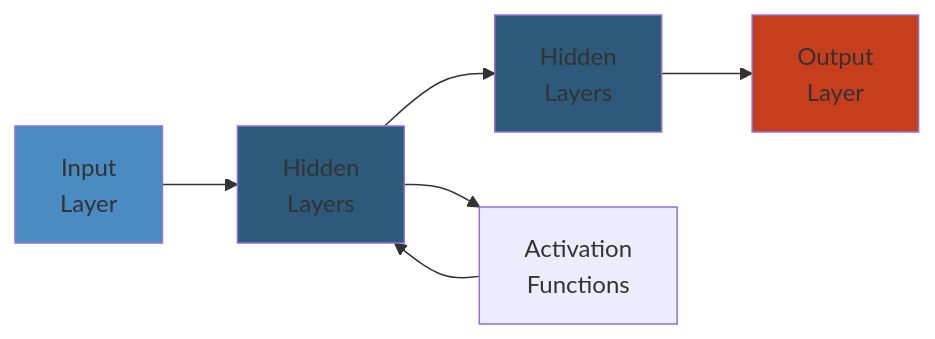
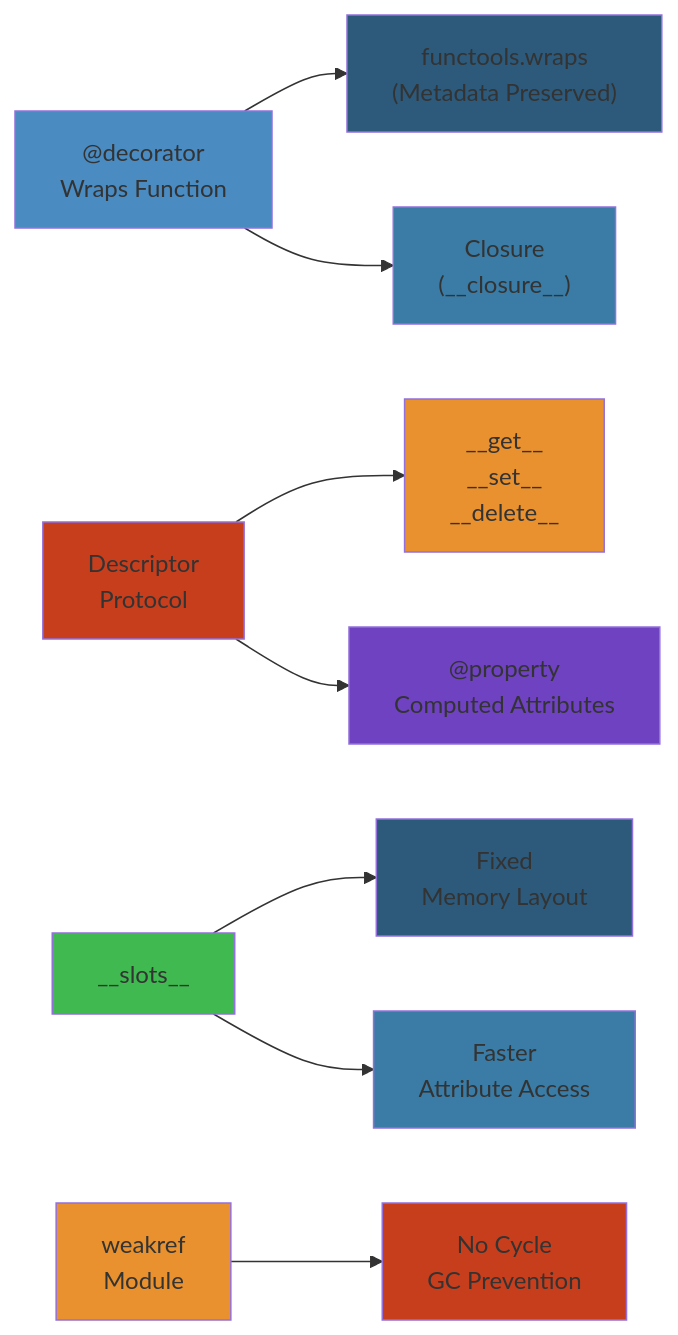
Before and after one commit to premchandkpc/md-courses: the diagram in data/03-backend/python/02-python-advanced.md, drawn with Mermaid. The commit also changed 178 other files, not shown here.

````diff
--- a/data/03-backend/python/02-python-advanced.md
+++ b/data/03-backend/python/02-python-advanced.md
@@ -9,12 +9,21 @@
 ```mermaid
 graph LR
-    A["Input<br/>Layer"] --> B["Hidden<br/>Layers"]
-    B --> C["Hidden<br/>Layers"]
-    C --> D["Output<br/>Layer"]
-    B --> E["Activation<br/>Functions"]
-    E --> B
-    style A fill:#4a8bc2
-    style B fill:#2d5a7b
-    style C fill:#2d5a7b
-    style D fill:#c73e1d
+    DEC["@decorator<br/>Wraps Function"] --> WRAP["functools.wraps<br/>(Metadata Preserved)"]
+    DEC --> CLOS["Closure<br/>(__closure__)"]
+    DESCR["Descriptor<br/>Protocol"] --> GATTR["__get__<br/>__set__<br/>__delete__"]
+    DESCR --> PROP["@property<br/>Computed Attributes"]
+    SLOT["__slots__"] --> MEM["Fixed<br/>Memory Layout"]
+    SLOT --> FAST["Faster<br/>Attribute Access"]
+    WR["weakref<br/>Module"] --> GC_NOREF["No Cycle<br/>GC Prevention"]
+    style DEC fill:#4a8bc2
+    style WRAP fill:#2d5a7b
+    style CLOS fill:#3a7ca5
+    style DESCR fill:#c73e1d
+    style GATTR fill:#e8912e
+    style PROP fill:#6f42c1
+    style SLOT fill:#3fb950
+    style MEM fill:#2d5a7b
+    style FAST fill:#3a7ca5
+    style WR fill:#e8912e
+    style GC_NOREF fill:#c73e1d
 ```
````
